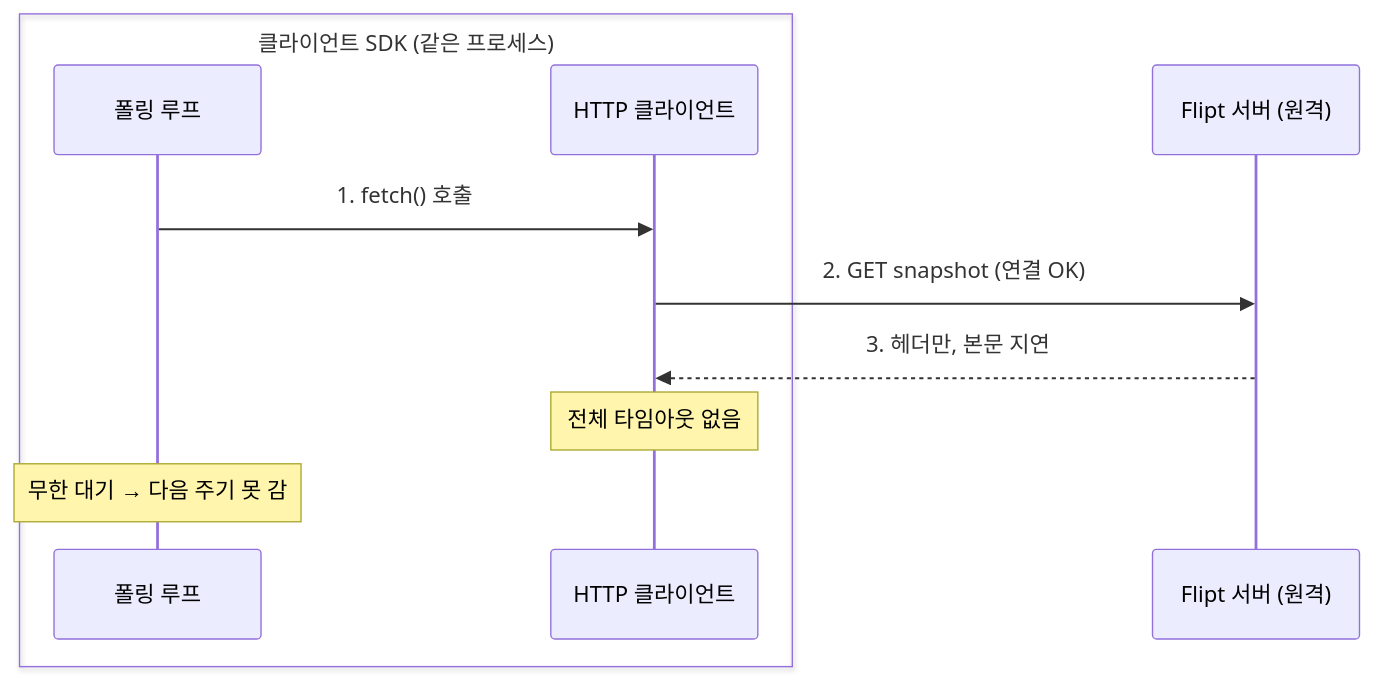
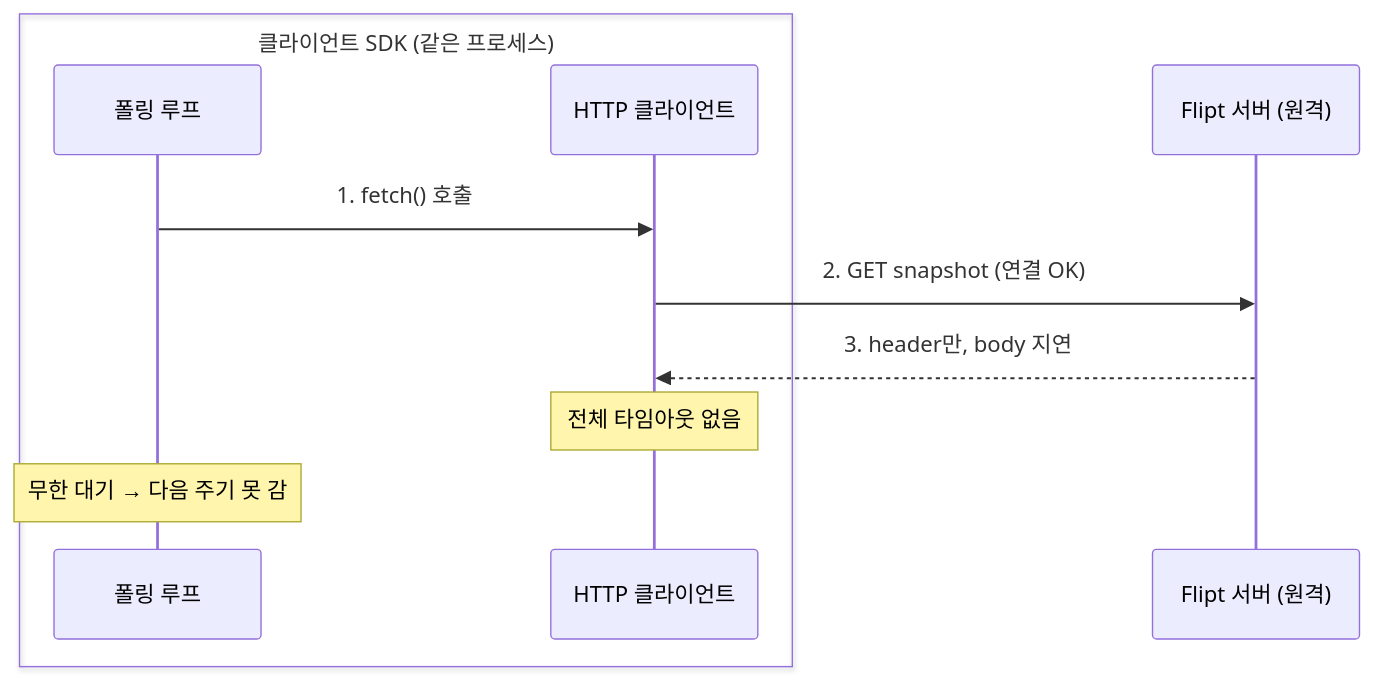
The diagram in blog/2026-08-28-flipt-polling-timeout-oss-contribution.mdx (johnycho/johny-dev), drawn with Mermaid before and after one commit. The commit also changed other lines of this file, not shown here.

````diff
--- a/blog/2026-08-28-flipt-polling-timeout-oss-contribution.mdx
+++ b/blog/2026-08-28-flipt-polling-timeout-oss-contribution.mdx
@@ -95,14 +151,14 @@
 ```mermaid
 %%{init: {'sequence': {'actorMargin': 210}}}%%
 sequenceDiagram
   box 클라이언트 SDK (같은 프로세스)
     participant P as 폴링 루프
     participant C as HTTP 클라이언트
   end
   participant S as Flipt 서버 (원격)
   P->>C: 1. fetch() 호출
   C->>S: 2. GET snapshot (연결 OK)
-  S-->>C: 3. 헤더만, 본문 지연
+  S-->>C: 3. header만, body 지연
   Note over C: 전체 타임아웃 없음
   Note over P: 무한 대기 → 다음 주기 못 감
 ```
````
